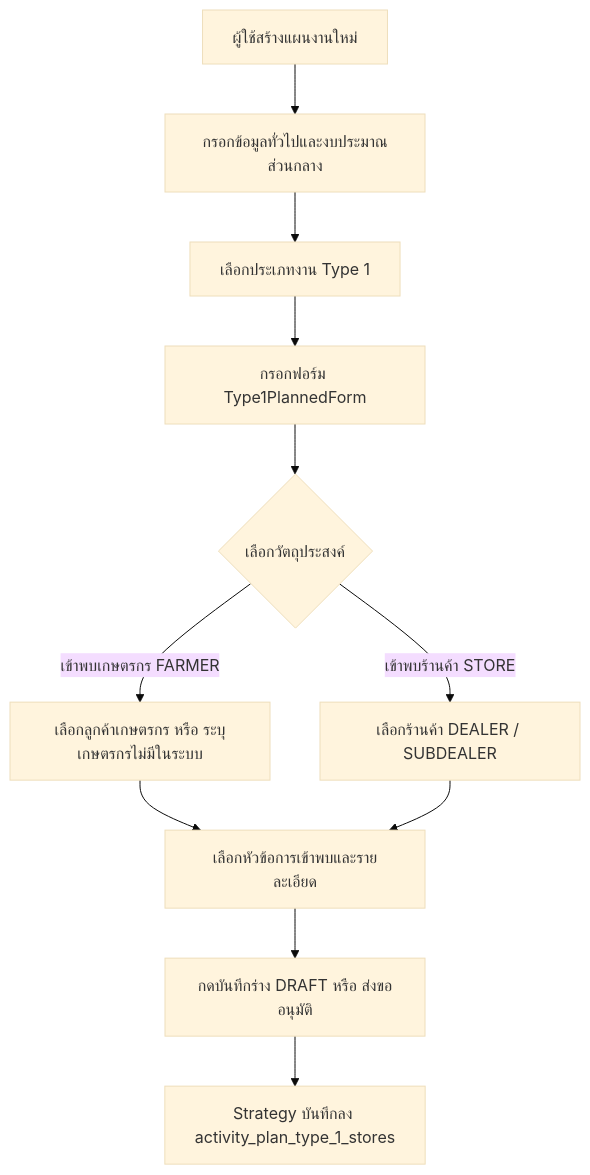
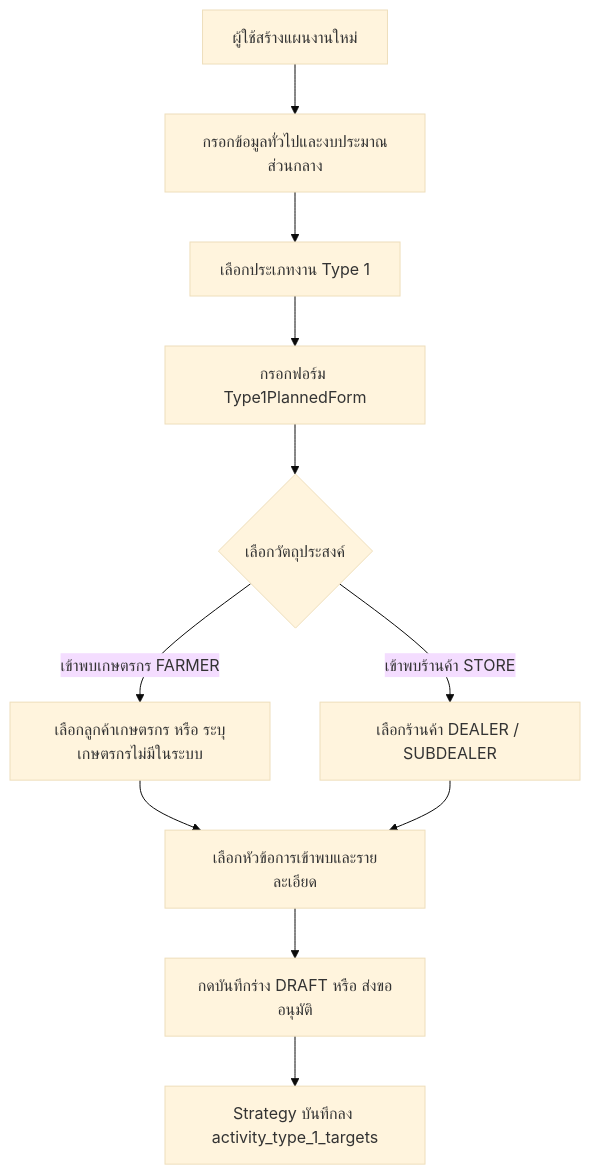
The first of 3 diagrams in modules/activity/features/type-1/README.md (bankhk10/crm-bank), drawn with Mermaid (base theme) before and after one commit. The commit also changed other lines of this file and 19 other files, not shown here.

````diff
--- a/modules/activity/features/type-1/README.md
+++ b/modules/activity/features/type-1/README.md
@@ -38,13 +38,13 @@
 ```mermaid
 graph TD
     A[ผู้ใช้สร้างแผนงานใหม่] --> B[กรอกข้อมูลทั่วไปและงบประมาณส่วนกลาง]
     B --> C[เลือกประเภทงาน Type 1]
     C --> D[กรอกฟอร์ม Type1PlannedForm]
     D --> E{เลือกวัตถุประสงค์}
     E -->|เข้าพบเกษตรกร FARMER| F[เลือกลูกค้าเกษตรกร หรือ ระบุเกษตรกรไม่มีในระบบ]
     E -->|เข้าพบร้านค้า STORE| G[เลือกร้านค้า DEALER / SUBDEALER]
     F --> H[เลือกหัวข้อการเข้าพบและรายละเอียด]
     G --> H
     H --> I[กดบันทึกร่าง DRAFT หรือ ส่งขออนุมัติ]
-    I --> J[Strategy บันทึกลง activity_plan_type_1_stores]
+    I --> J[Strategy บันทึกลง activity_type_1_targets]
 ```
````
